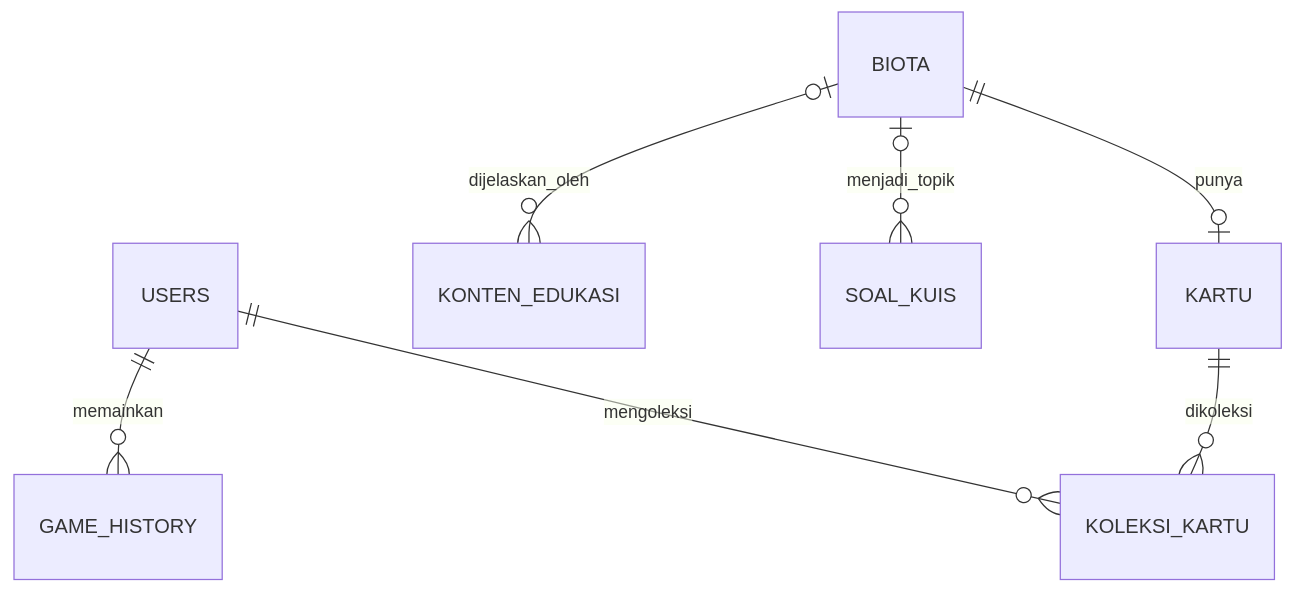
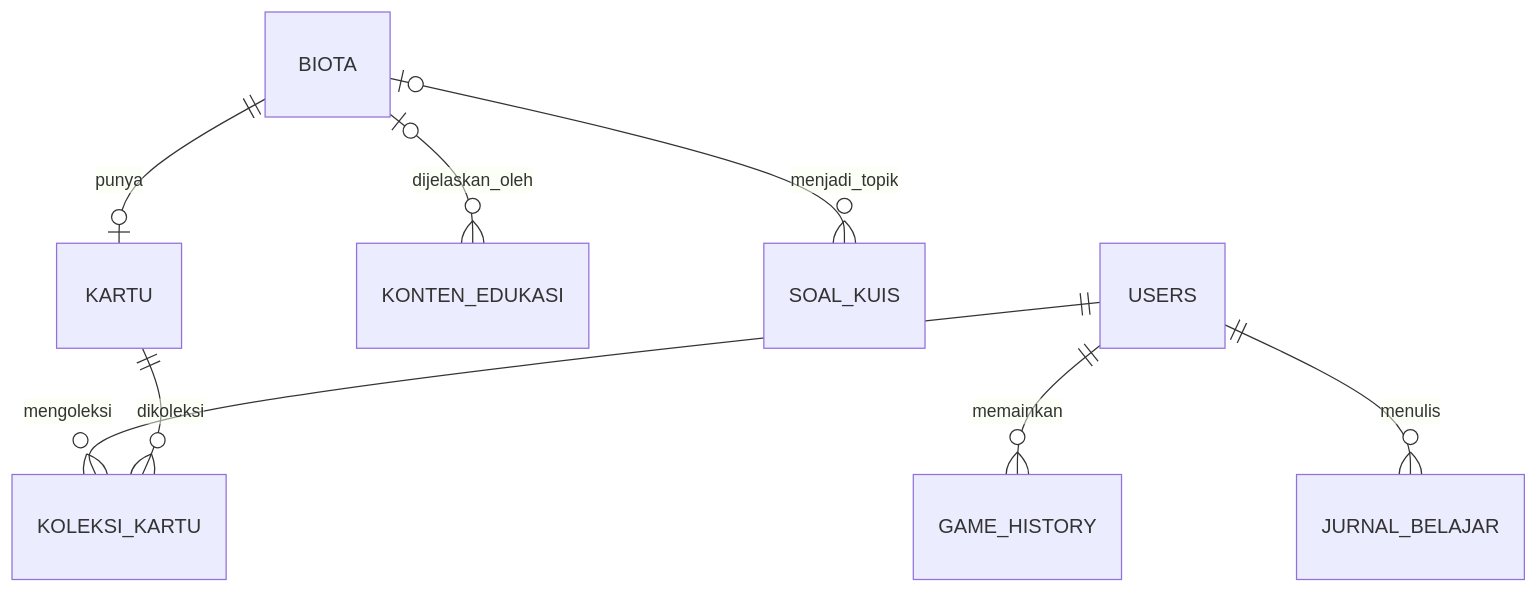
Before and after one commit to Bangkitcahyalinuwih/aquaquest: the diagram in README.md, drawn with Mermaid. The commit also changed other lines of this file, not shown here.

Commit message:
docs(readme): update readme untuk fitur jurnal belajar

````diff
--- a/README.md
+++ b/README.md
@@ -210,9 +213,10 @@
 ```mermaid
 erDiagram
     USERS ||--o{ GAME_HISTORY : memainkan
     USERS ||--o{ KOLEKSI_KARTU : mengoleksi
     BIOTA |o--o{ KONTEN_EDUKASI : dijelaskan_oleh
     BIOTA |o--o{ SOAL_KUIS : menjadi_topik
     BIOTA ||--o| KARTU : punya
     KARTU ||--o{ KOLEKSI_KARTU : dikoleksi
+    USERS ||--o{ JURNAL_BELAJAR : menulis
 ```
````
